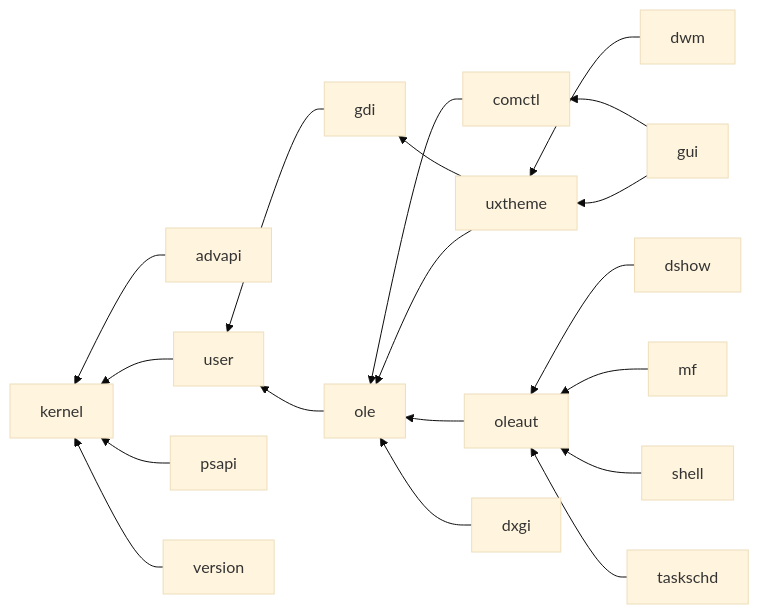
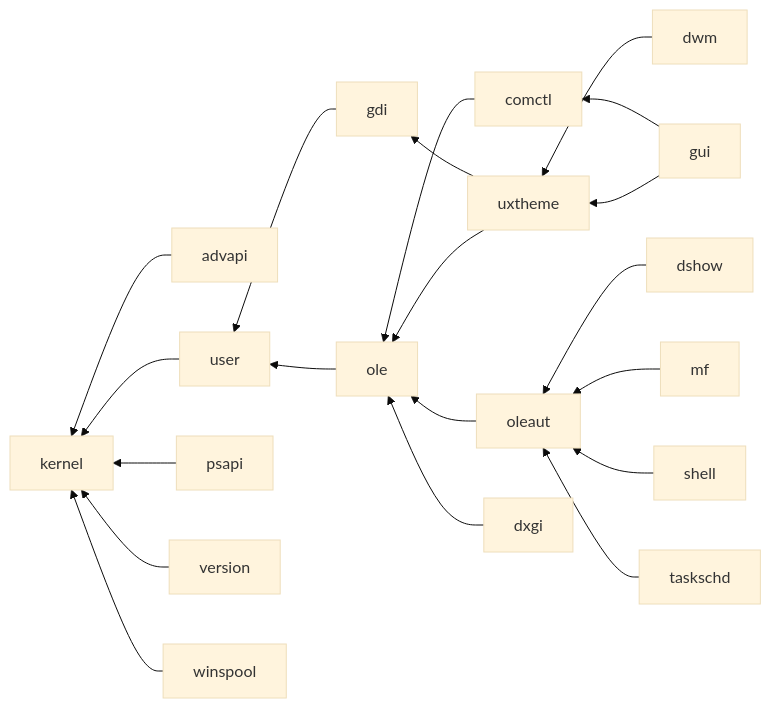
The diagram in features-chart.md (rodrigocfd/winsafe), drawn with Mermaid (base theme) before and after one commit. The commit also changed 10 other files, not shown here.

````diff
--- a/features-chart.md
+++ b/features-chart.md
@@ -5,21 +5,22 @@
 ```mermaid
 flowchart RL
     advapi --> kernel
     comctl --> ole
     dshow --> oleaut
     dwm --> uxtheme
     dxgi --> ole
     gdi --> user
     gui --> comctl
     gui --> uxtheme
     mf --> oleaut
     ole --> user
     oleaut --> ole
     psapi --> kernel
     shell --> oleaut
     taskschd --> oleaut
     user --> kernel
     uxtheme --> gdi
     uxtheme --> ole
     version --> kernel
+    winspool --> kernel
 ```
````
